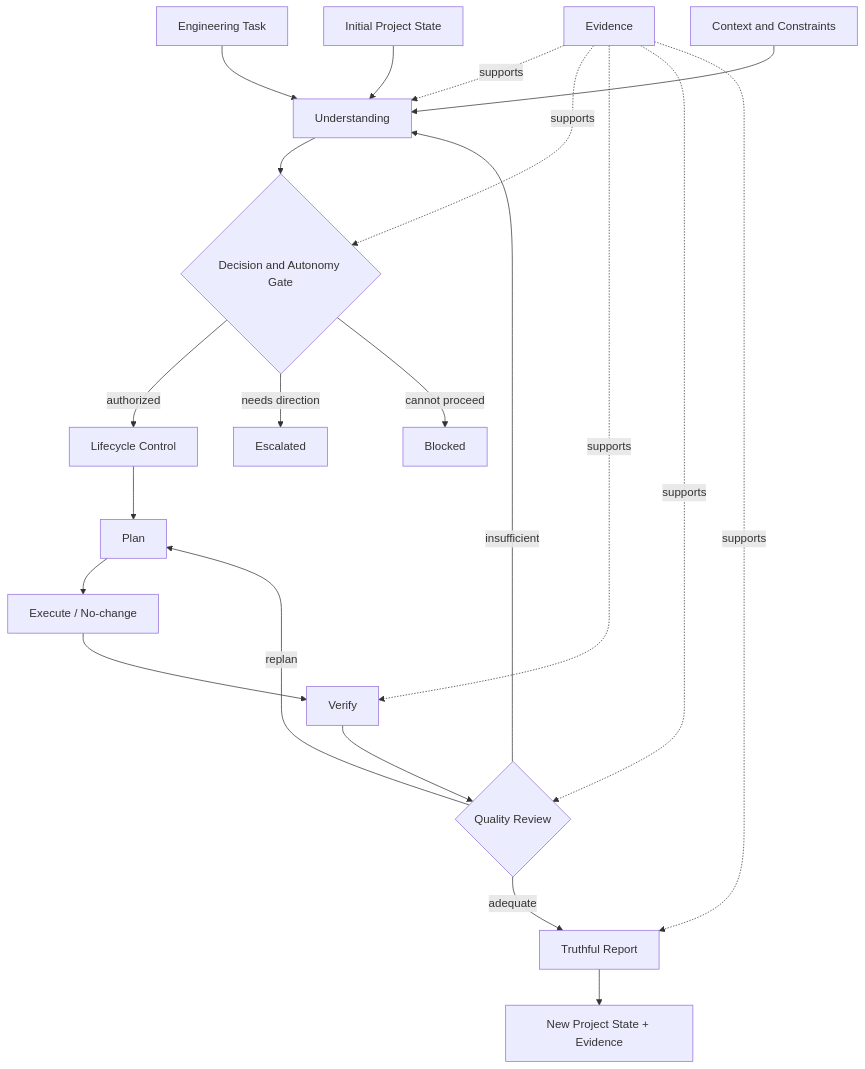
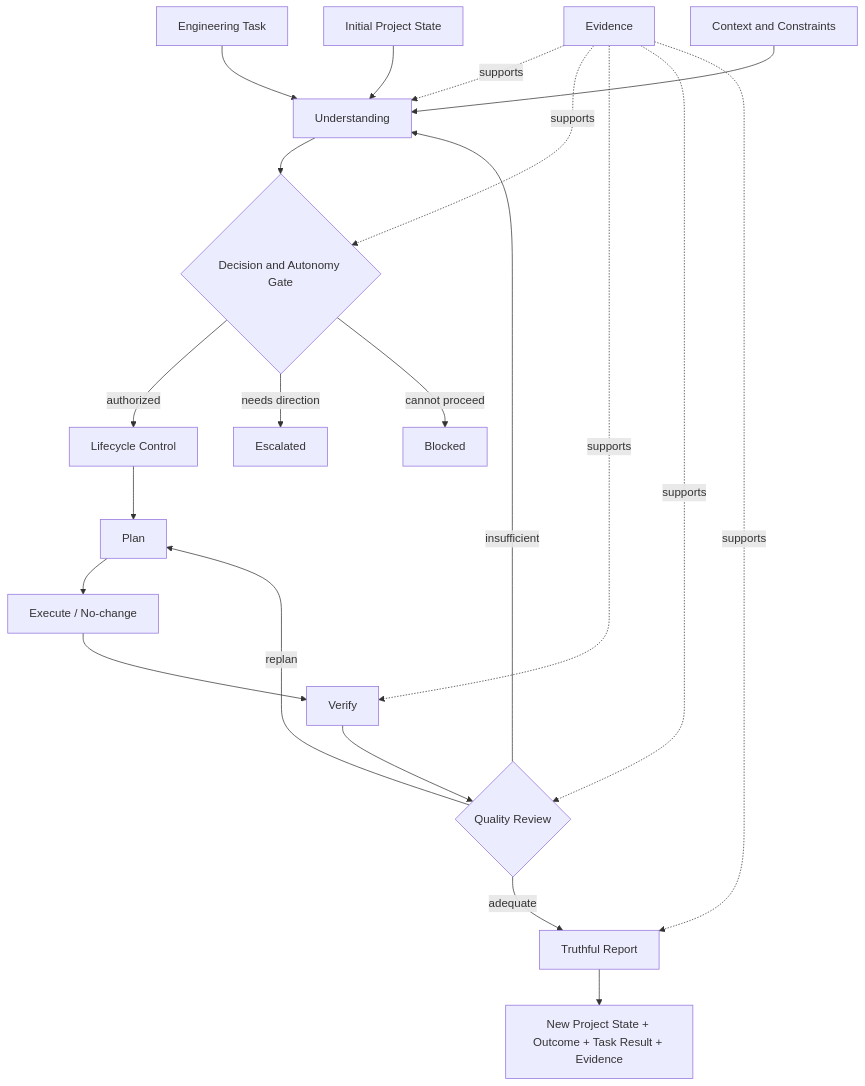
The diagram in architecture/eas-architecture.mmd (tkatrin/EAS), drawn with Mermaid before and after one commit. The commit also changed 49 other files, not shown here.

```diff
--- a/architecture/eas-architecture.mmd
+++ b/architecture/eas-architecture.mmd
@@ -1,22 +1,22 @@
 flowchart TD
     T["Engineering Task"] --> U["Understanding"]
     P0["Initial Project State"] --> U
     C["Context and Constraints"] --> U
     U --> D{"Decision and Autonomy Gate"}
     D -->|"authorized"| L["Lifecycle Control"]
     D -->|"needs direction"| E1["Escalated"]
     D -->|"cannot proceed"| B["Blocked"]
     L --> PL["Plan"]
     PL --> EX["Execute / No-change"]
     EX --> V["Verify"]
     V --> Q{"Quality Review"}
     Q -->|"insufficient"| U
     Q -->|"replan"| PL
     Q -->|"adequate"| R["Truthful Report"]
-    R --> O["New Project State + Evidence"]
+    R --> O["New Project State + Outcome + Task Result + Evidence"]
 
     EV["Evidence"] -. supports .-> U
     EV -. supports .-> D
     EV -. supports .-> V
     EV -. supports .-> Q
     EV -. supports .-> R
```
